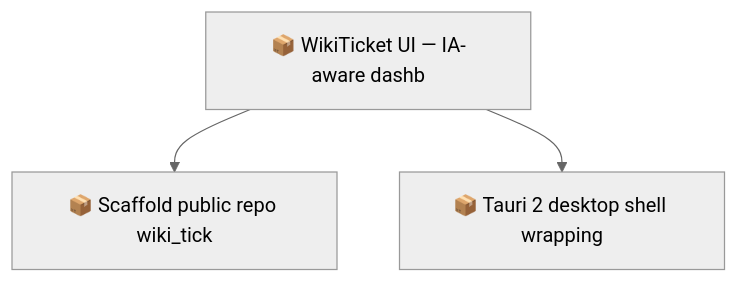
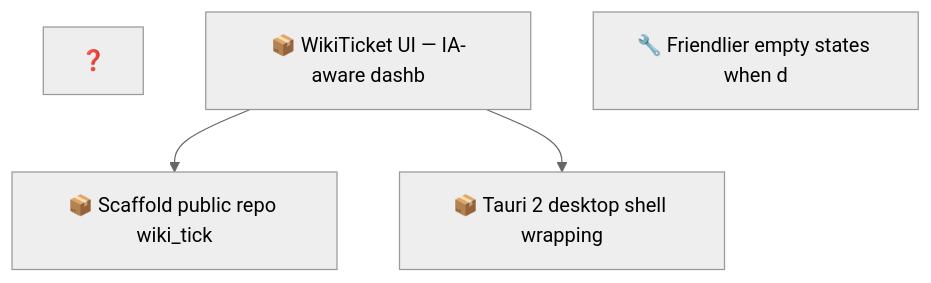
Before and after one commit to SpillwaveSolutions/wiki_ticket_sdd_ui: the second of 2 diagrams in docs/roadmap.md, drawn with Mermaid (neutral theme). The commit also changed other lines of this file and 8 other files, not shown here.

````diff
--- a/docs/roadmap.md
+++ b/docs/roadmap.md
@@ -59,8 +77,10 @@
 ```mermaid
 graph TD
+    01KY5ZZX["❓ "]
     01KY5ZZX8Y6N7E5YQYP4X1V7VA["📦 Scaffold public repo wiki_tick"]
     01KY5ZZX8YXD5YDJKQGJ3VCCHN["📦 WikiTicket UI — IA-aware dashb"]
     01KY5ZZX8Z46K7BCSPPFKN23JZ["📦 Tauri 2 desktop shell wrapping"]
+    01KY67KXG4E4D2P1FJ6JPKTYX3["🔧 Friendlier empty states when d"]
     01KY5ZZX8YXD5YDJKQGJ3VCCHN --> 01KY5ZZX8Y6N7E5YQYP4X1V7VA
     01KY5ZZX8YXD5YDJKQGJ3VCCHN --> 01KY5ZZX8Z46K7BCSPPFKN23JZ
 ```
````
